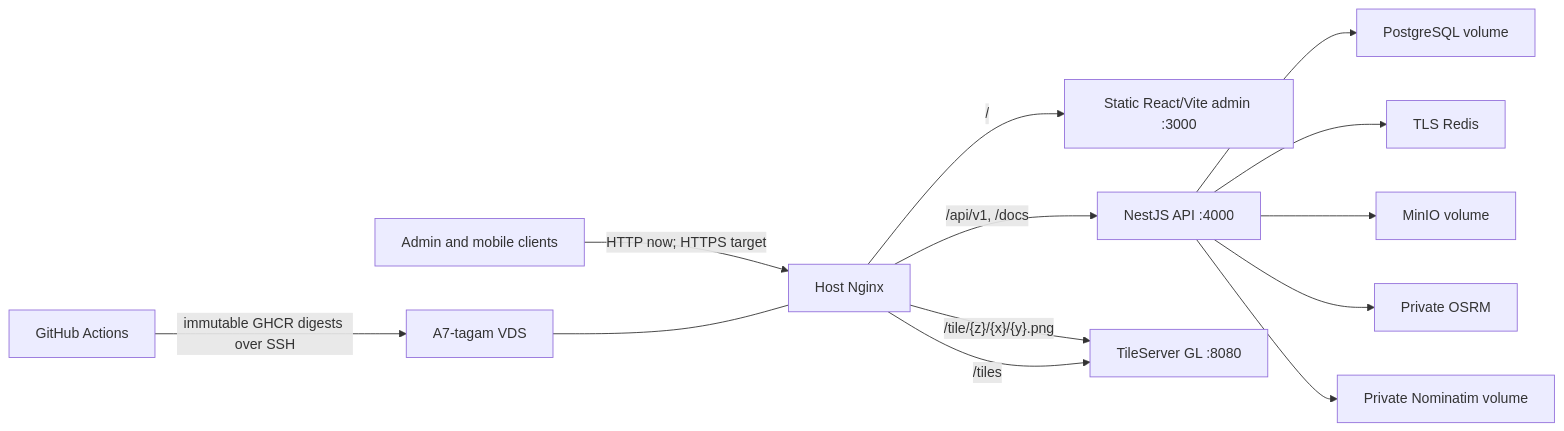
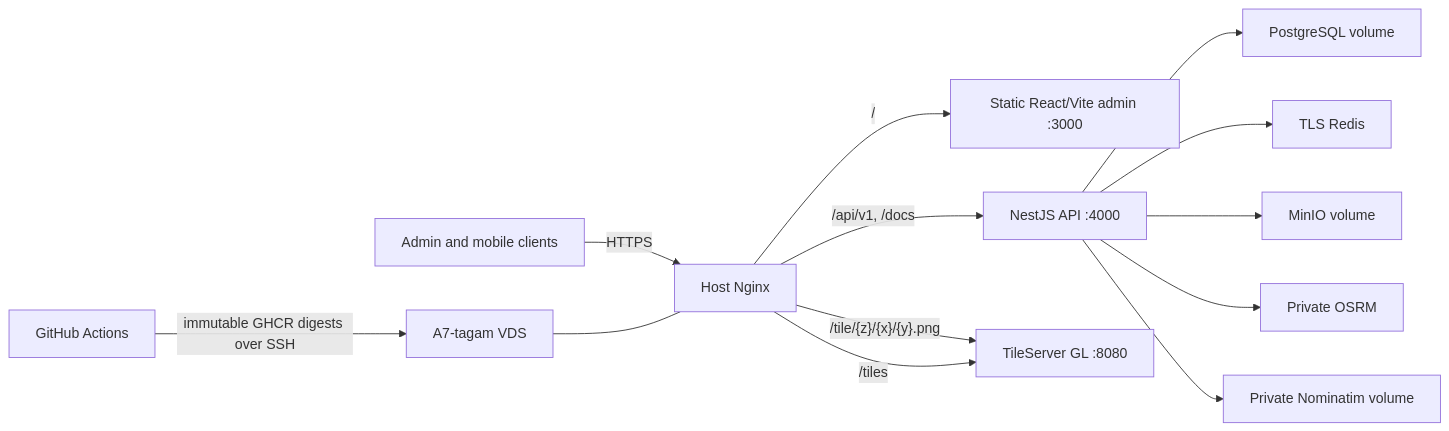
One commit to Dadebay/Backend_Admin_panel_alow_alow changed the diagram in docs/INFRASTRUCTURE.md. Above: the diagram before and after it, drawn with Mermaid. The commit also changed other lines of this file and 5 other files, not shown here.

````diff
--- a/docs/INFRASTRUCTURE.md
+++ b/docs/INFRASTRUCTURE.md
@@ -35,15 +37,15 @@
 ```mermaid
 flowchart LR
-  U["Admin and mobile clients"] -->|"HTTP now; HTTPS target"| N["Host Nginx"]
+  U["Admin and mobile clients"] -->|"HTTPS"| N["Host Nginx"]
   N -->|"/"| A["Static React/Vite admin :3000"]
   N -->|"/api/v1, /docs"| API["NestJS API :4000"]
   N -->|"/tile/{z}/{x}/{y}.png"| T
   N -->|"/tiles"| T["TileServer GL :8080"]
   API --> PG["PostgreSQL volume"]
   API --> R["TLS Redis"]
   API --> S3["MinIO volume"]
   API --> O["Private OSRM"]
   API --> GEO["Private Nominatim volume"]
   GH["GitHub Actions"] -->|"immutable GHCR digests over SSH"| VDS["A7-tagam VDS"]
   VDS --- N
 ```
````
